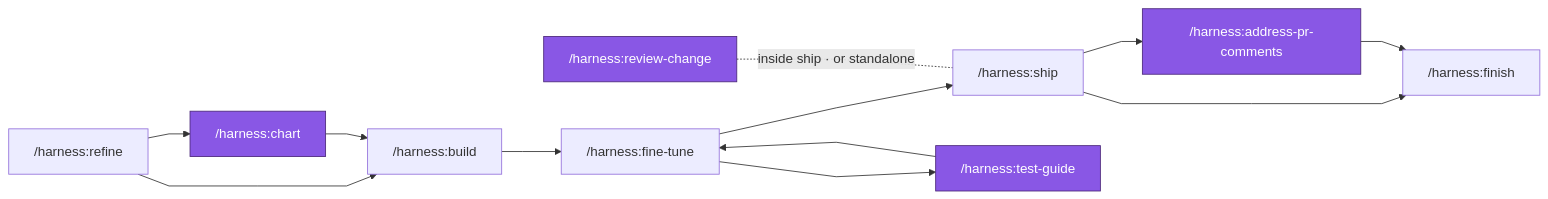
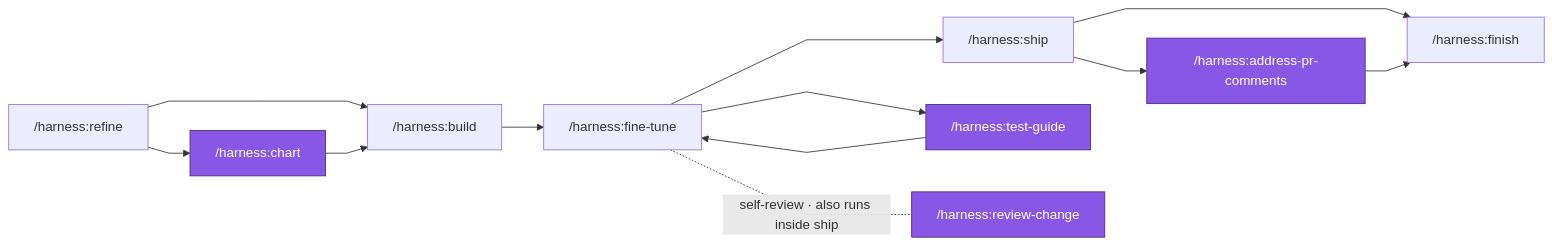
The second of 3 diagrams in docs/getting-started.md (acatl/harness), drawn with Mermaid before and after one commit. The commit also changed other lines of this file and 1 other file, not shown here.

First line of the commit message:
docs: address PR #37 review — OpenSpec prereq, finish ordering, wording

````diff
--- a/docs/getting-started.md
+++ b/docs/getting-started.md
@@ -60,12 +66,12 @@
 ```mermaid
 %%{init: {'flowchart': {'curve': 'linear'}}}%%
 flowchart LR
   R["/harness:refine"] --> B["/harness:build"] --> FT["/harness:fine-tune"] --> S["/harness:ship"] --> F["/harness:finish"]
 
   R --> CH["/harness:chart"]:::help --> B
   FT --> TG["/harness:test-guide"]:::help --> FT
   S --> APC["/harness:address-pr-comments"]:::help --> F
-  RV["/harness:review-change"]:::help -. "inside ship · or standalone" .- S
+  FT -. "self-review · also runs inside ship" .- RV["/harness:review-change"]:::help
 
   classDef help fill:#8957e5,stroke:#4b277a,color:#fff
 ```
````
